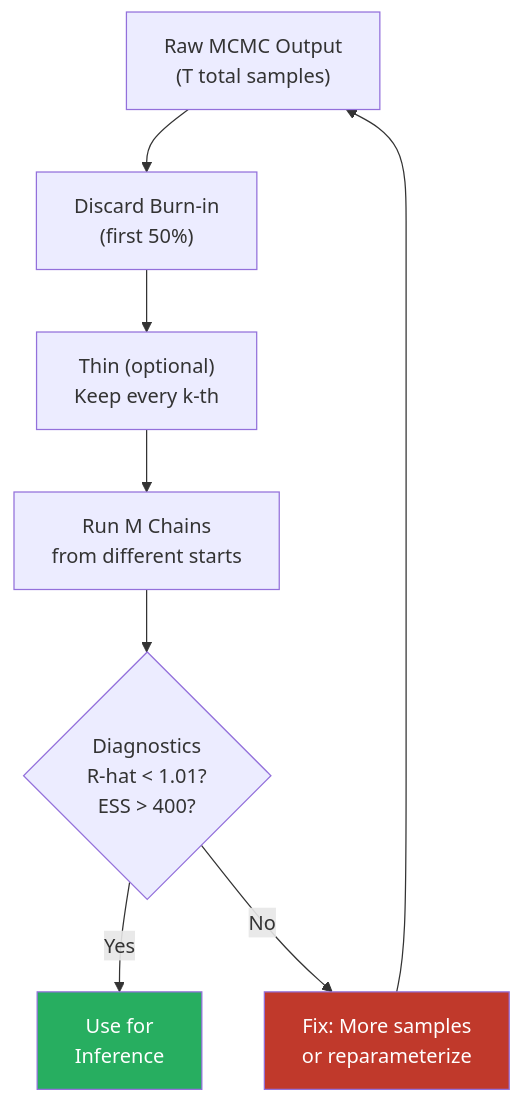
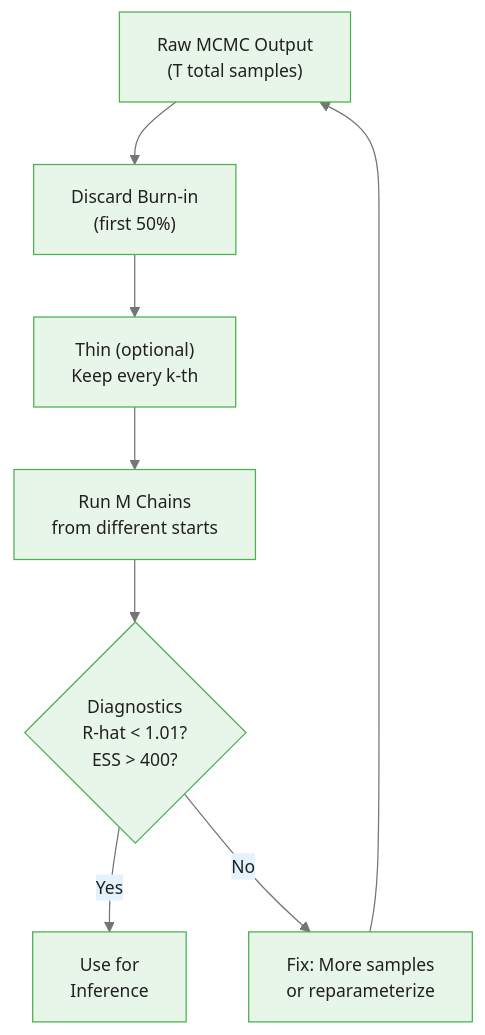
The third of 4 diagrams in courses/bayesian-commodity-forecasting/modules/module_06_inference/guides/01_mcmc_foundations_slides.md (m-deane/course-creator), drawn with Mermaid before and after one commit. The commit also changed other lines of this file and 104 other files, not shown here.

````diff
--- a/courses/bayesian-commodity-forecasting/modules/module_06_inference/guides/01_mcmc_foundations_slides.md
+++ b/courses/bayesian-commodity-forecasting/modules/module_06_inference/guides/01_mcmc_foundations_slides.md
@@ -220,12 +232,11 @@
 ```mermaid
+%%{init: {"theme": "base", "themeVariables": {"primaryColor": "#e8f5e9", "primaryBorderColor": "#4caf50", "primaryTextColor": "#212121", "secondaryColor": "#e3f2fd", "tertiaryColor": "#fff8e1", "lineColor": "#757575", "fontFamily": "Inter, sans-serif", "fontSize": "14px"}}}%%
 flowchart TD
     RAW["Raw MCMC Output\n(T total samples)"] --> BURN["Discard Burn-in\n(first 50%)"]
     BURN --> THIN["Thin (optional)\nKeep every k-th"]
     THIN --> CHECK["Run M Chains\nfrom different starts"]
     CHECK --> DIAG{"Diagnostics\nR-hat < 1.01?\nESS > 400?"}
     DIAG -->|"Yes"| USE["Use for\nInference"]
     DIAG -->|"No"| FIX["Fix: More samples\nor reparameterize"]
     FIX --> RAW
-    style USE fill:#27ae60,color:#fff
-    style FIX fill:#c0392b,color:#fff
 ```
````
